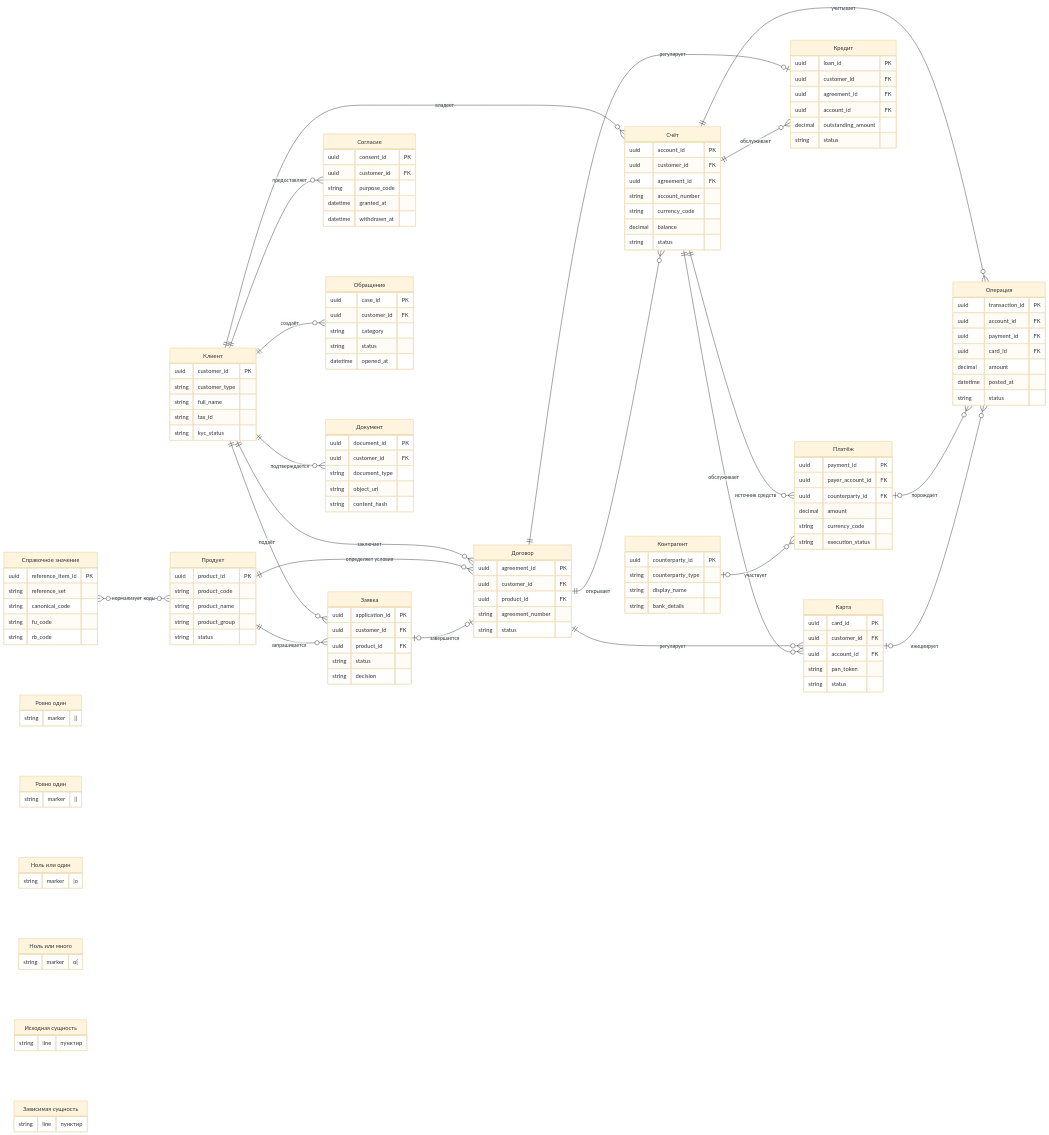
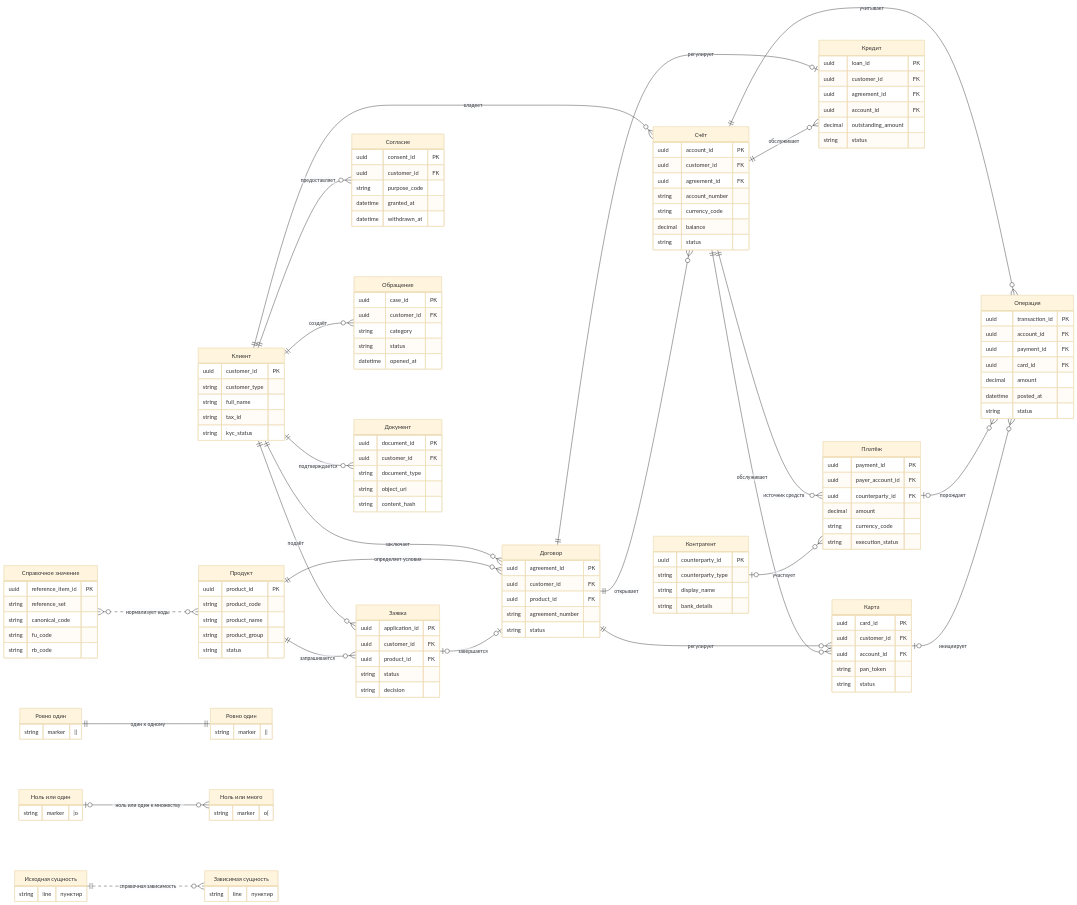
One commit to NovikovMS/Solution-FinUnion-Data-Merger changed the diagram in Task1/diagrams/logical-data-model.mmd. Above: the diagram before and after it, drawn with Mermaid (base theme). The commit also changed 1 other file, not shown here.

```diff
--- a/Task1/diagrams/logical-data-model.mmd
+++ b/Task1/diagrams/logical-data-model.mmd
@@ -1,168 +1,172 @@
 erDiagram
     direction LR
 
     CUSTOMER["Клиент"] {
         uuid customer_id PK
         string customer_type
         string full_name
         string tax_id
         string kyc_status
     }
 
     APPLICATION["Заявка"] {
         uuid application_id PK
         uuid customer_id FK
         uuid product_id FK
         string status
         string decision
     }
 
     CONSENT["Согласие"] {
         uuid consent_id PK
         uuid customer_id FK
         string purpose_code
         datetime granted_at
         datetime withdrawn_at
     }
 
     CUSTOMER_CASE["Обращение"] {
         uuid case_id PK
         uuid customer_id FK
         string category
         string status
         datetime opened_at
     }
 
     DOCUMENT["Документ"] {
         uuid document_id PK
         uuid customer_id FK
         string document_type
         string object_uri
         string content_hash
     }
 
     PRODUCT["Продукт"] {
         uuid product_id PK
         string product_code
         string product_name
         string product_group
         string status
     }
 
     AGREEMENT["Договор"] {
         uuid agreement_id PK
         uuid customer_id FK
         uuid product_id FK
         string agreement_number
         string status
     }
 
     ACCOUNT["Счёт"] {
         uuid account_id PK
         uuid customer_id FK
         uuid agreement_id FK
         string account_number
         string currency_code
         decimal balance
         string status
     }
 
     CARD["Карта"] {
         uuid card_id PK
         uuid customer_id FK
         uuid account_id FK
         string pan_token
         string status
     }
 
     LOAN["Кредит"] {
         uuid loan_id PK
         uuid customer_id FK
         uuid agreement_id FK
         uuid account_id FK
         decimal outstanding_amount
         string status
     }
 
     PAYMENT["Платёж"] {
         uuid payment_id PK
         uuid payer_account_id FK
         uuid counterparty_id FK
         decimal amount
         string currency_code
         string execution_status
     }
 
     TRANSACTION["Операция"] {
         uuid transaction_id PK
         uuid account_id FK
         uuid payment_id FK
         uuid card_id FK
         decimal amount
         datetime posted_at
         string status
     }
 
     COUNTERPARTY["Контрагент"] {
         uuid counterparty_id PK
         string counterparty_type
         string display_name
         string bank_details
     }
 
     REFERENCE_ITEM["Справочное значение"] {
         uuid reference_item_id PK
         string reference_set
         string canonical_code
         string fu_code
         string rb_code
     }
 
     LEGEND_ONE_LEFT["Ровно один"] {
         string marker "||"
     }
 
     LEGEND_ONE_RIGHT["Ровно один"] {
         string marker "||"
     }
 
     LEGEND_OPTIONAL["Ноль или один"] {
         string marker "|o"
     }
 
     LEGEND_MANY["Ноль или много"] {
         string marker "o{"
     }
 
     LEGEND_MAIN["Исходная сущность"] {
         string line "пунктир"
     }
 
     LEGEND_REFERENCE["Зависимая сущность"] {
         string line "пунктир"
     }
 
     CUSTOMER ||--o{ APPLICATION : "подаёт"
     CUSTOMER ||--o{ CONSENT : "предоставляет"
     CUSTOMER ||--o{ CUSTOMER_CASE : "создаёт"
     CUSTOMER ||--o{ DOCUMENT : "подтверждается"
     CUSTOMER ||--o{ AGREEMENT : "заключает"
     CUSTOMER ||--o{ ACCOUNT : "владеет"
 
     PRODUCT ||--o{ APPLICATION : "запрашивается"
     PRODUCT ||--o{ AGREEMENT : "определяет условия"
     APPLICATION |o--o| AGREEMENT : "завершается"
     AGREEMENT ||--o{ ACCOUNT : "открывает"
     AGREEMENT ||--o{ CARD : "регулирует"
     AGREEMENT ||--o| LOAN : "регулирует"
 
     ACCOUNT ||--o{ CARD : "обслуживает"
     ACCOUNT ||--o{ LOAN : "обслуживает"
     ACCOUNT ||--o{ PAYMENT : "источник средств"
     ACCOUNT ||--o{ TRANSACTION : "учитывает"
 
     PAYMENT |o--o{ TRANSACTION : "порождает"
     CARD |o--o{ TRANSACTION : "инициирует"
     COUNTERPARTY |o--o{ PAYMENT : "участвует"
 
     REFERENCE_ITEM }o..o{ PRODUCT : "нормализует коды"
+
+    LEGEND_ONE_LEFT ||--|| LEGEND_ONE_RIGHT : "один к одному"
+    LEGEND_OPTIONAL |o--o{ LEGEND_MANY : "ноль или один к множеству"
+    LEGEND_MAIN ||..o{ LEGEND_REFERENCE : "справочная зависимость"
```
